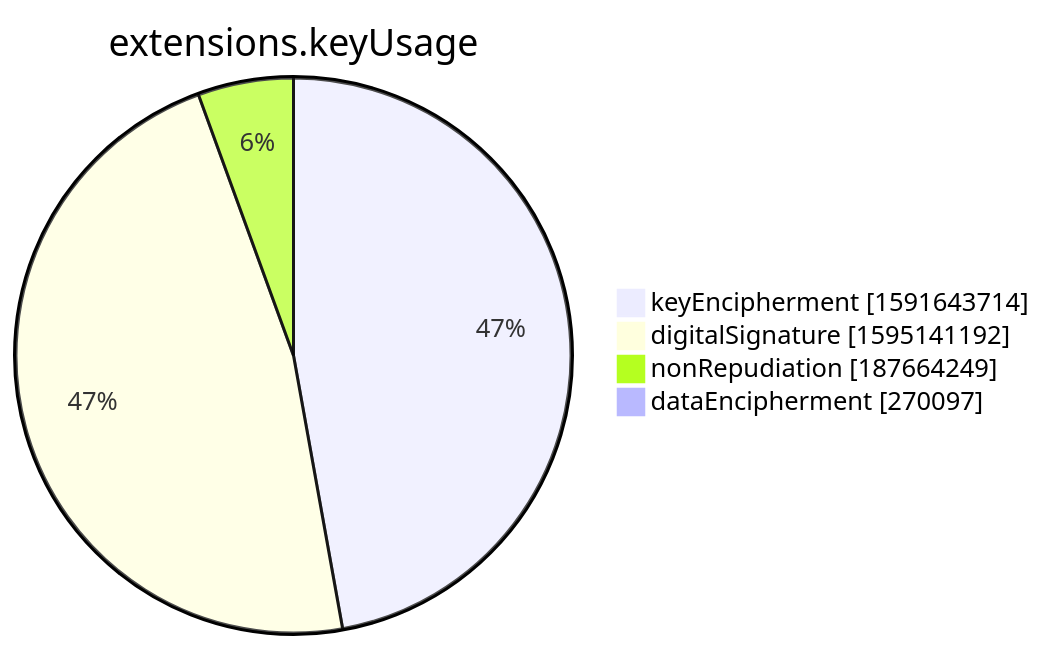
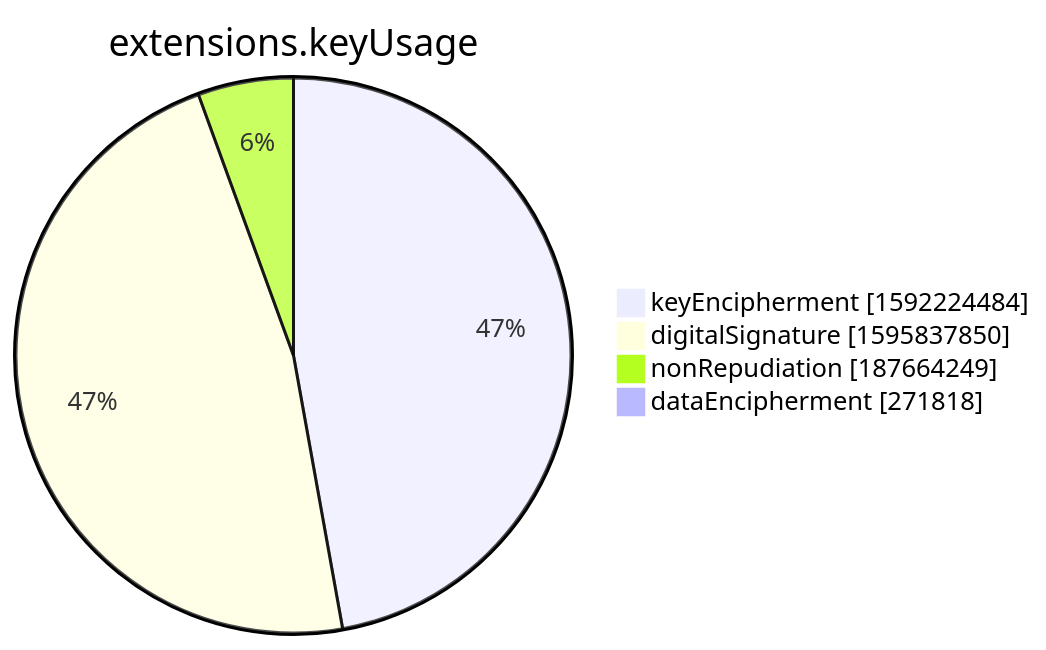
The seventh of 15 diagrams in xenon2022/README.md (christiankrug/ctmonitor_visualization), drawn with Mermaid before and after one commit. The commit also changed other lines of this file, not shown here.

````diff
--- a/xenon2022/README.md
+++ b/xenon2022/README.md
@@ -2854,8 +2854,8 @@
 ```mermaid
 pie showData
 title extensions.keyUsage
-"keyEncipherment" :1591643714
-"digitalSignature" :1595141192
+"keyEncipherment" :1592224484
+"digitalSignature" :1595837850
 "nonRepudiation" :187664249
-"dataEncipherment" :270097
+"dataEncipherment" :271818
 ```
````
